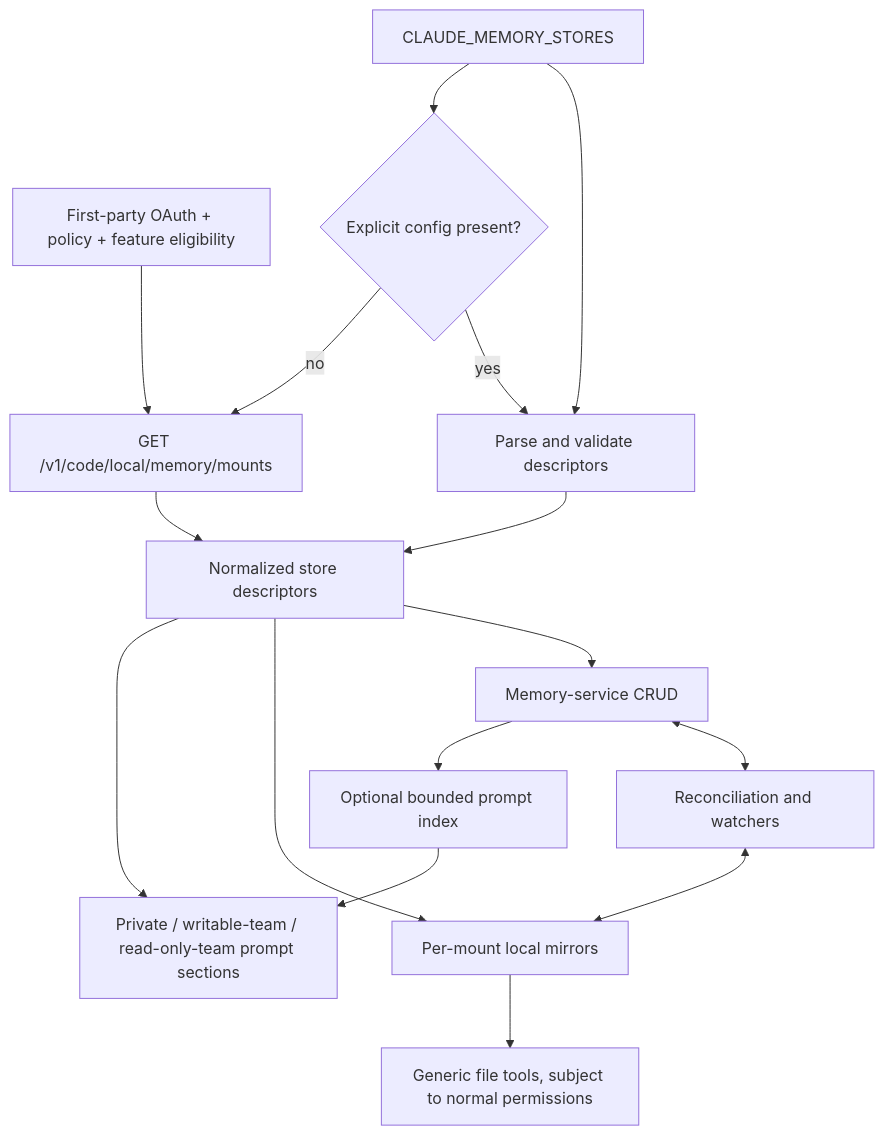
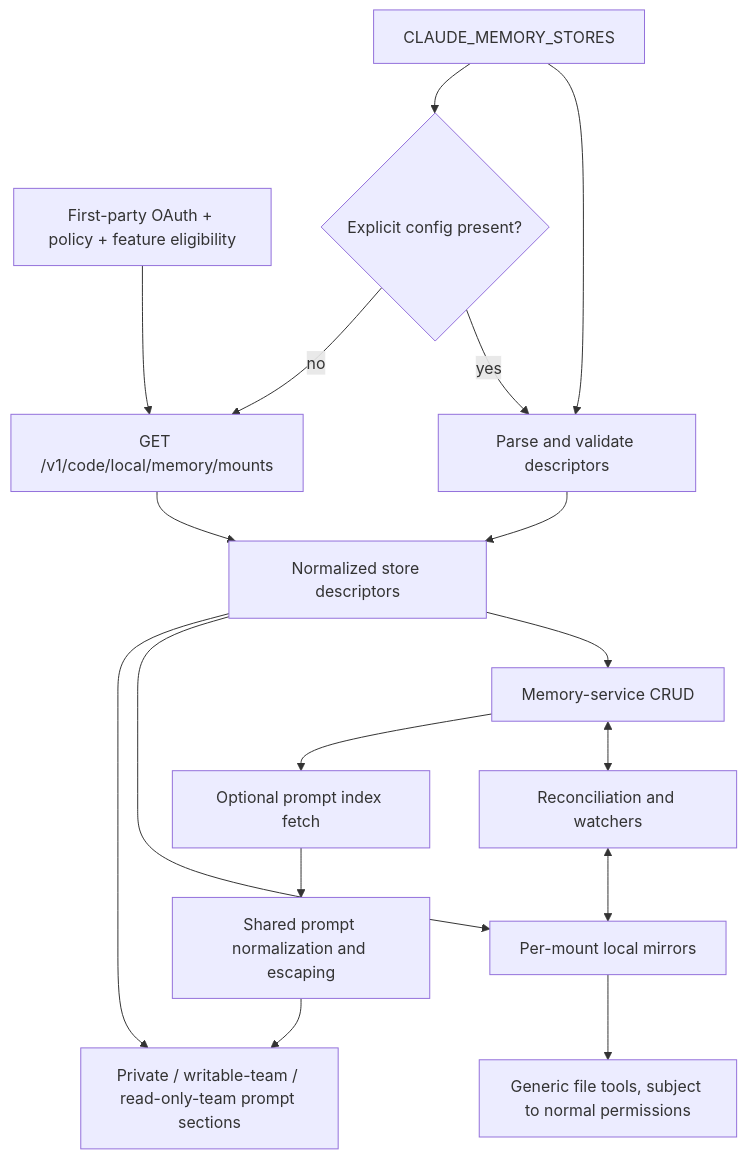
The diagram in docs/02-context-model-loop/team-memory.md (vibewatch/claude-code-internals), drawn with Mermaid before and after one commit. The commit also changed other lines of this file and 27 other files, not shown here.

````diff
--- a/docs/02-context-model-loop/team-memory.md
+++ b/docs/02-context-model-loop/team-memory.md
@@ -30,19 +32,20 @@
 ```mermaid
 flowchart TD
     Explicit[CLAUDE_MEMORY_STORES] --> Parse[Parse and validate descriptors]
     Eligible[First-party OAuth + policy + feature eligibility] --> Discover[GET /v1/code/local/memory/mounts]
     Explicit --> Choice{Explicit config present?}
     Choice -->|yes| Parse
     Choice -->|no| Discover
 
     Parse --> Stores[Normalized store descriptors]
     Discover --> Stores
     Stores --> Service[Memory-service CRUD]
     Stores --> Mirrors[Per-mount local mirrors]
     Service <--> Sync[Reconciliation and watchers]
     Sync <--> Mirrors
     Mirrors --> Tools[Generic file tools, subject to normal permissions]
     Stores --> Prompt[Private / writable-team / read-only-team prompt sections]
-    Service --> Index[Optional bounded prompt index]
-    Index --> Prompt
+    Service --> Index[Optional prompt index fetch]
+    Index --> Normalize[Shared prompt normalization and escaping]
+    Normalize --> Prompt
 ```
````
